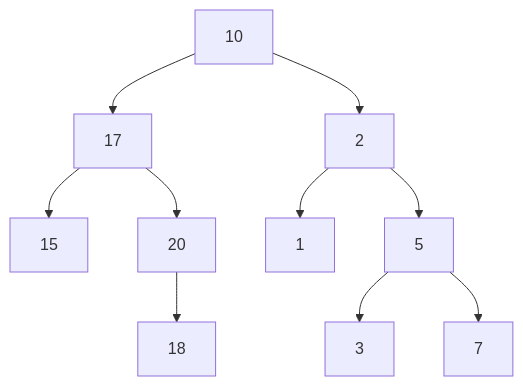
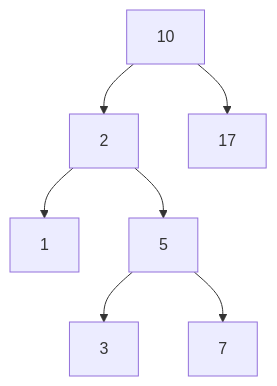
Before and after one commit to vanessacezarn/3_Semestre: the diagram in Estrutura de Dados/aula_15 06.06 - arvore/aula.md, drawn with Mermaid.

````diff
--- a/Estrutura de Dados/aula_15 06.06 - arvore/aula.md
+++ b/Estrutura de Dados/aula_15 06.06 - arvore/aula.md
@@ -7,12 +7,9 @@
  ```mermaid
 graph TD;
     10-->17;
-    17-->15;
-    17-->20;
-    20-->18;
     10-->2;
     2-->1;
     2-->5;
     5-->3;
     5-->7;
 ```
````
